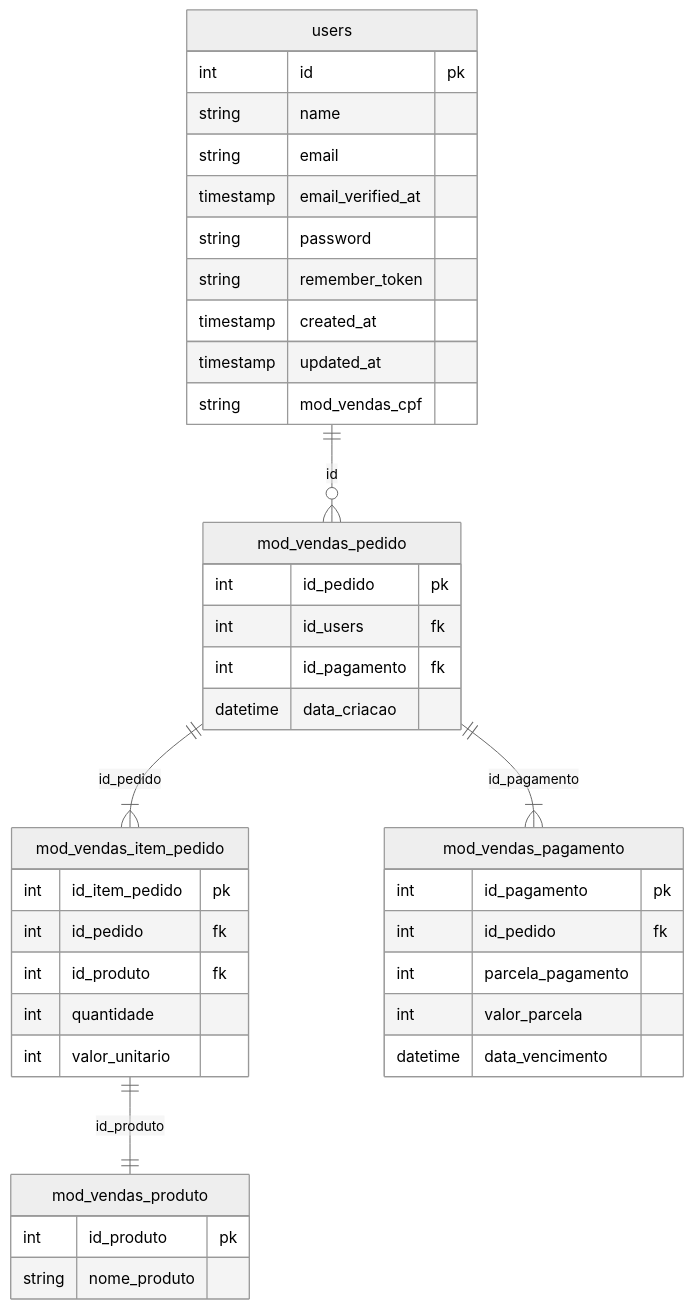
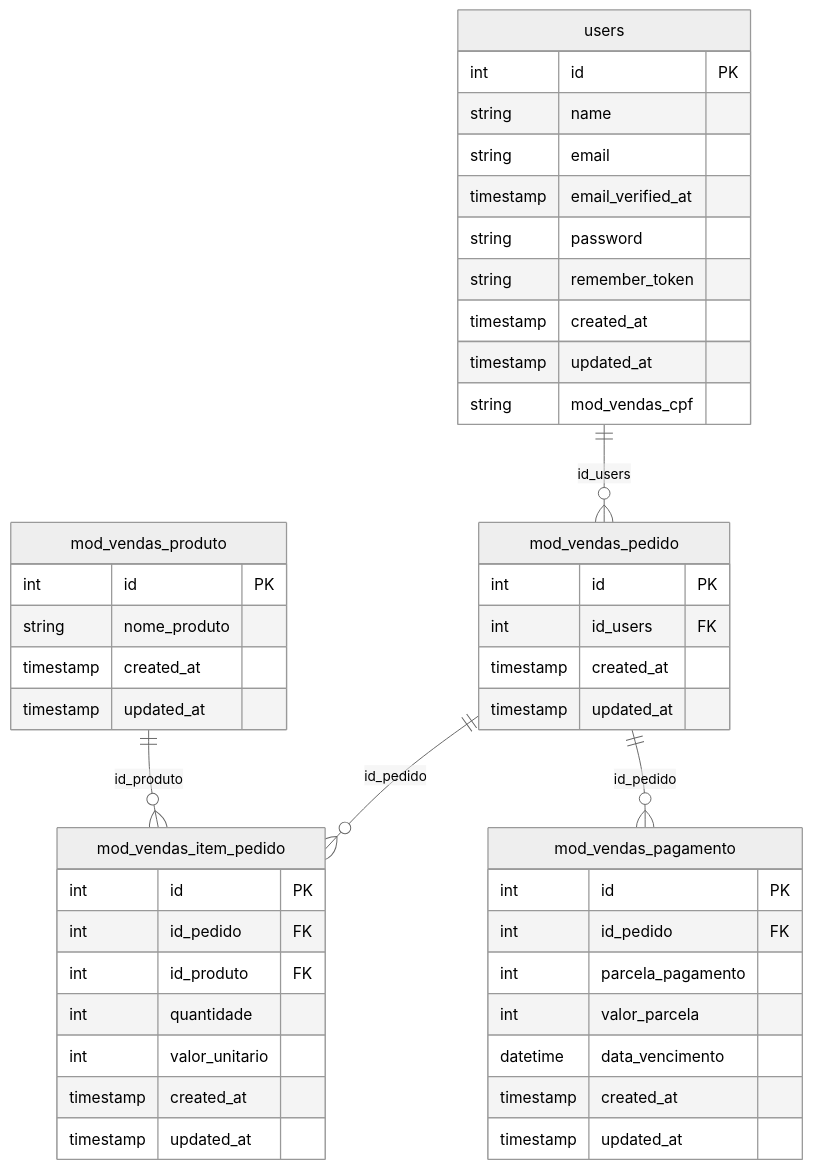
The diagram in README.md (JVHelion/mod_vendas), drawn with Mermaid (neutral theme) before and after one commit. The commit also changed other lines of this file, not shown here.

Commit message:
docs: README atualizado

````diff
--- a/README.md
+++ b/README.md
@@ -68,57 +68,55 @@
 ```mermaid
 erDiagram
-    
+
     users {
-        int id pk
+        int id PK
         string name
         string email
         timestamp email_verified_at
         string password
         string remember_token
         timestamp created_at
         timestamp updated_at
         string mod_vendas_cpf
     }
-    
-    users ||--o{ mod_vendas_pedido : id
-    
+
     mod_vendas_pedido {
-        int id_pedido pk
-        int id_users fk
-        int id_pagamento fk
-        datetime data_criacao
+        int id PK
+        int id_users FK
+        timestamp created_at
+        timestamp updated_at
     }
-    
-    mod_vendas_pedido ||--|{ mod_vendas_item_pedido : id_pedido
-    mod_vendas_pedido ||--|{ mod_vendas_pagamento : id_pagamento
-    
+
     mod_vendas_item_pedido {
-        int id_item_pedido pk
-        int id_pedido fk
-        int id_produto fk
+        int id PK
+        int id_pedido FK
+        int id_produto FK
         int quantidade
         int valor_unitario
+        timestamp created_at
+        timestamp updated_at
     }
-    
-    mod_vendas_item_pedido ||--|| mod_vendas_produto : id_produto
-    
+
     mod_vendas_produto {
-        int id_produto pk
+        int id PK
         string nome_produto
+        timestamp created_at
+        timestamp updated_at
     }
-    
+
     mod_vendas_pagamento {
-        int id_pagamento pk
-        int id_pedido fk
+        int id PK
+        int id_pedido FK
         int parcela_pagamento
         int valor_parcela
         datetime data_vencimento
+        timestamp created_at
+        timestamp updated_at
     }
 
-
-
-
-
-
+    users ||--o{ mod_vendas_pedido : "id_users"
+    mod_vendas_pedido ||--o{ mod_vendas_item_pedido : "id_pedido"
+    mod_vendas_pedido ||--o{ mod_vendas_pagamento : "id_pedido"
+    mod_vendas_produto ||--o{ mod_vendas_item_pedido : "id_produto"
 
 ```
````
